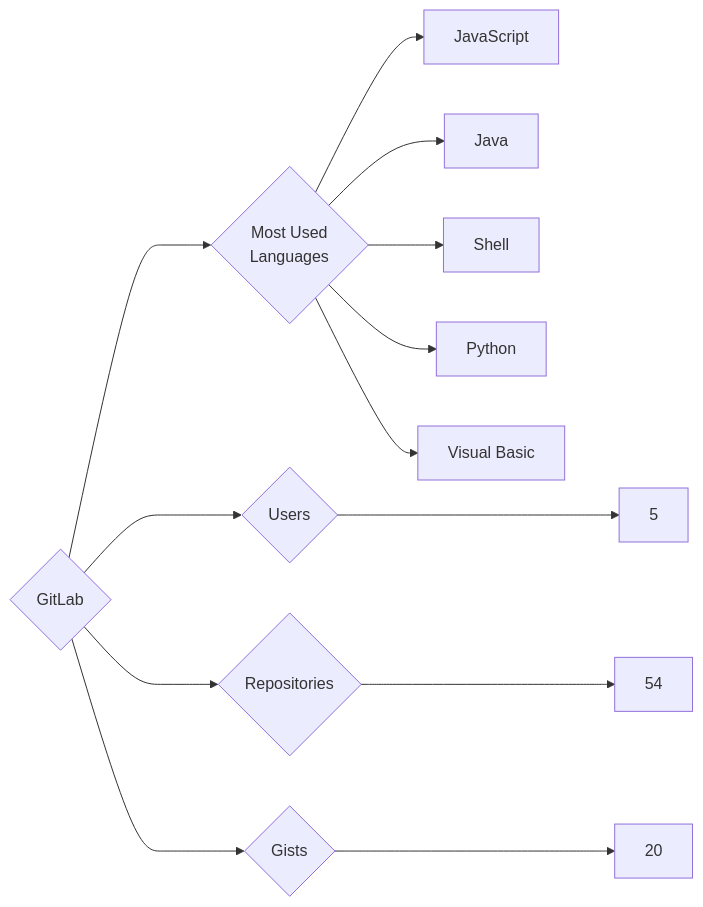
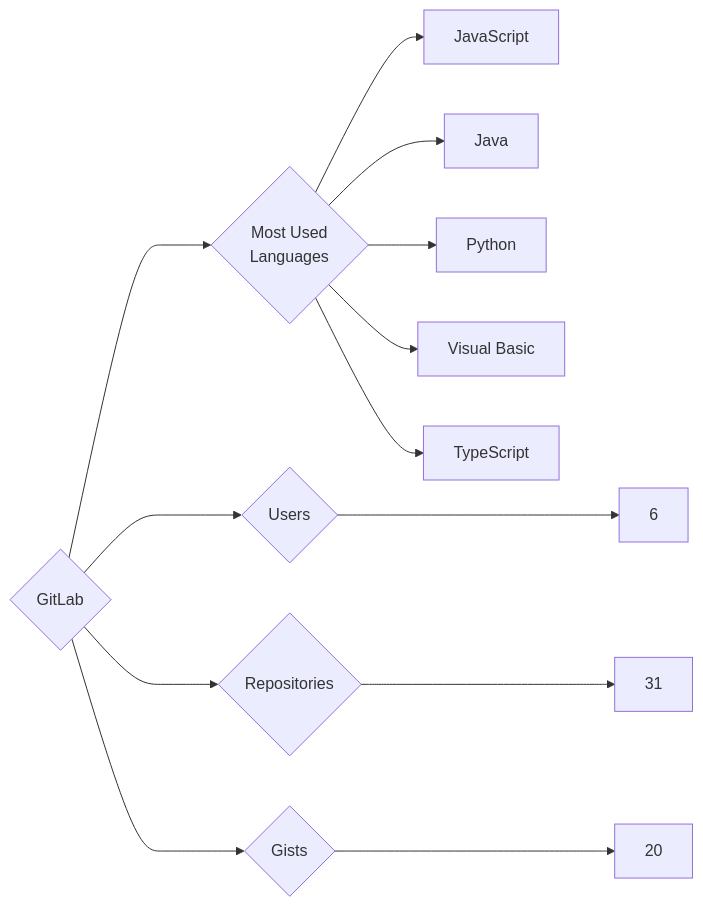
Before and after one commit to trickest/insiders: the diagram in targets/GitLab/README.md, drawn with Mermaid. The commit also changed 1020 other files, not shown here.

````diff
--- a/targets/GitLab/README.md
+++ b/targets/GitLab/README.md
@@ -3,13 +3,13 @@
 ```mermaid
 graph LR
 COMPANY_NAME{GitLab}
-COMPANY_NAME ---> U{Users} ---> UN[5]
-COMPANY_NAME ---> R{Repositories} ---> RN[54]
+COMPANY_NAME ---> U{Users} ---> UN[6]
+COMPANY_NAME ---> R{Repositories} ---> RN[31]
 COMPANY_NAME ---> G{Gists} ---> GN[20]
 COMPANY_NAME ---> ML{Most Used<br>Languages}
 ML --> JavaScript[JavaScript]
 ML --> Java[Java]
-ML --> Shell[Shell]
 ML --> Python[Python]
 ML --> Visual_Basic[Visual Basic]
+ML --> TypeScript[TypeScript]
 ```
````
